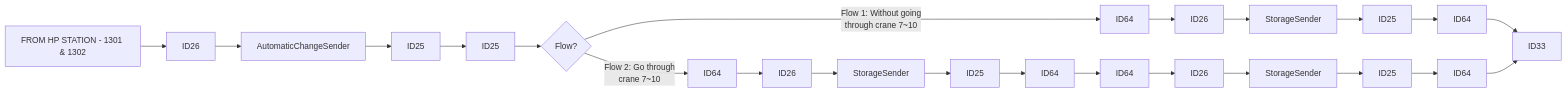
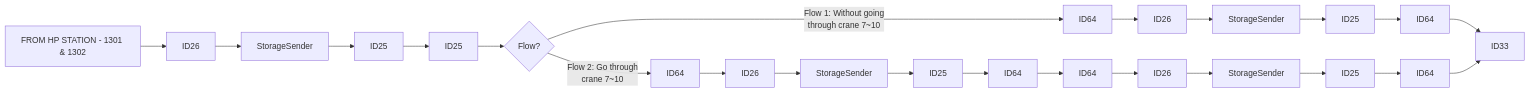
The first of 22 diagrams in Basic-Design/DFD-WMS/Storage/Unplanned-Storage/Unplanned-Storage-from-HP.md (luthfiadityaa/SimeDarby-Wiki), drawn with Mermaid before and after one commit.

Commit message:
Updated Unplanned Storage from HP

```diff
--- a/Basic-Design/DFD-WMS/Storage/Unplanned-Storage/Unplanned-Storage-from-HP.md
+++ b/Basic-Design/DFD-WMS/Storage/Unplanned-Storage/Unplanned-Storage-from-HP.md
@@ -8,15 +8,15 @@
 ::: mermaid
 flowchart LR
   
-P1[FROM HP STATION - 1301 & 1302]-->P2[ID26]-->P3[AutomaticChangeSender]-->P4[ID25]-->P7[ID25]
+P1[FROM HP STATION - 1301 & 1302]-->P2[ID26]-->P3[StorageSender]-->P4[ID25]-->P7[ID25]
 P7[ID25]-->Cond1{Flow?} 
 Cond1 --> |Flow 1: Without going 
 through crane 7~10| P8[ID64]
 Cond1 --> |Flow 2: Go through 
 crane 7~10| P9[ID64]
 P8[ID64]-->P10[ID26]-->P11[StorageSender]-->P12[ID25]-->P13[ID64]
 P9[ID64]-->P15[ID26]-->P16[StorageSender]-->P17[ID25]-->P18[ID64]-->P19[ID64]-->P20[ID26]-->P21[StorageSender]-->P22[ID25]-->P23[ID64]
 
 P13[ID64]-->P14[ID33]
 P23[ID64]-->P14[ID33]
 :::
```
